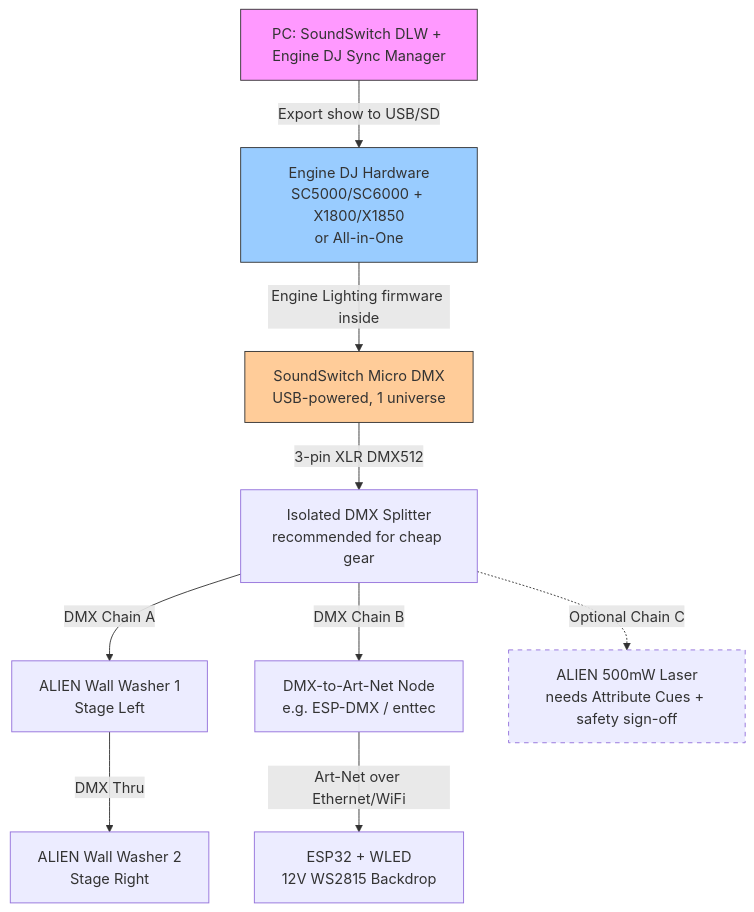
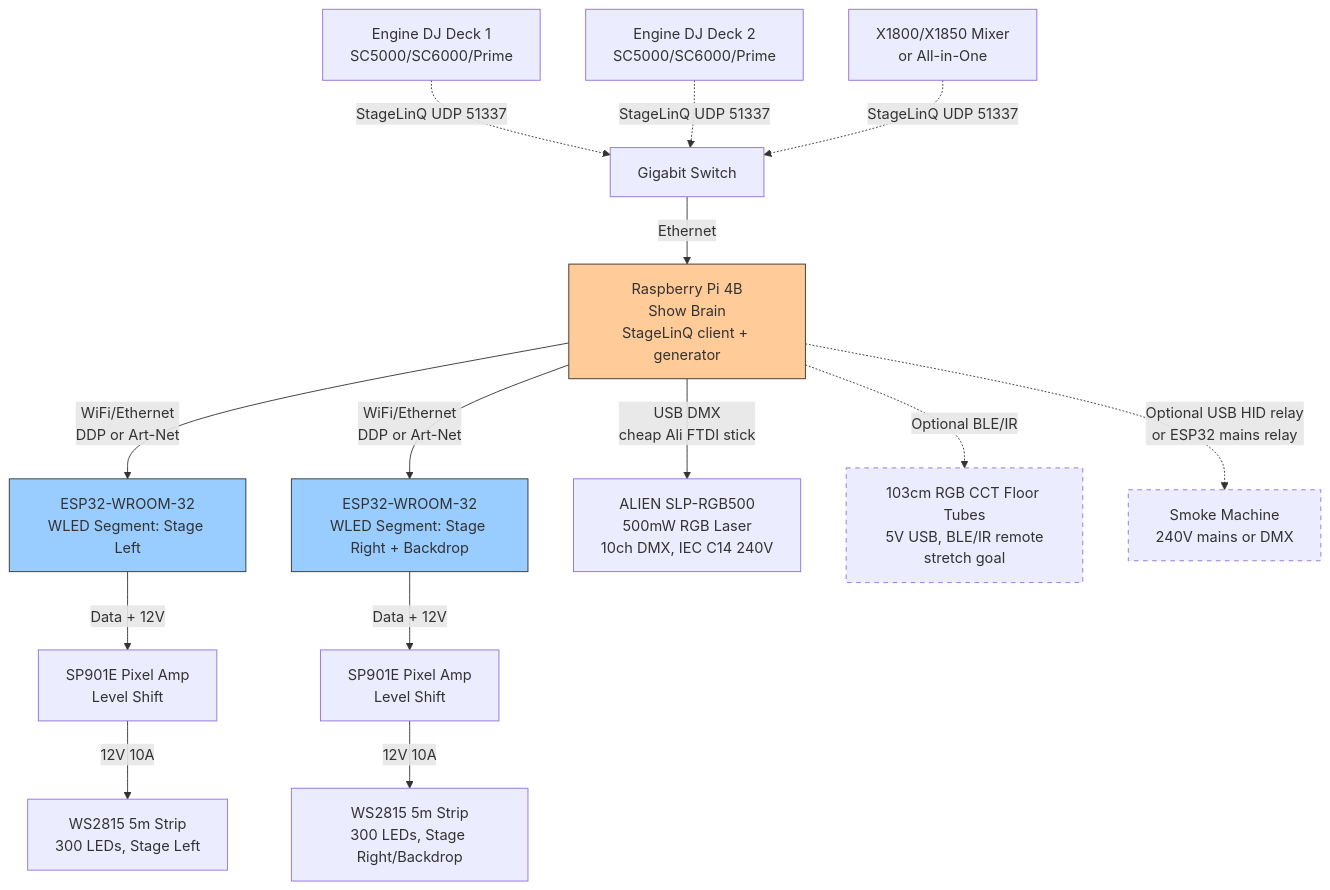
One commit to AuClark/rave-cave changed the diagram in PLAN.md. Above: the diagram before and after it, drawn with Mermaid. The commit also changed other lines of this file and 1 other file, not shown here.

First line of the commit message:
MAJOR: Rewrite for Pi 4B + StageLinQ generative architecture

````diff
--- a/PLAN.md
+++ b/PLAN.md
@@ -9,23 +9,33 @@
 ```mermaid
 flowchart TD
-    PC[PC: SoundSwitch DLW + Engine DJ Sync Manager]
-    PC -->|Export show to USB/SD| DECK
+    DECK1[Engine DJ Deck 1<br/>SC5000/SC6000/Prime]
+    DECK2[Engine DJ Deck 2<br/>SC5000/SC6000/Prime]
+    MIXER[X1800/X1850 Mixer<br/>or All-in-One]
     
-    DECK[Engine DJ Hardware<br/>SC5000/SC6000 + X1800/X1850<br/>or All-in-One]
-    DECK -->|Engine Lighting firmware inside| MICRO[SoundSwitch Micro DMX<br/>USB-powered, 1 universe]
+    DECK1 -.->|StageLinQ UDP 51337| SWITCH[Gigabit Switch]
+    DECK2 -.->|StageLinQ UDP 51337| SWITCH
+    MIXER -.->|StageLinQ UDP 51337| SWITCH
     
-    MICRO -->|3-pin XLR DMX512| SPLIT[Isolated DMX Splitter<br/>recommended for cheap gear]
+    SWITCH -->|Ethernet| PI[Raspberry Pi 4B<br/>Show Brain<br/>StageLinQ client + generator]
     
-    SPLIT -->|DMX Chain A| WASHER1[ALIEN Wall Washer 1<br/>Stage Left]
-    WASHER1 -->|DMX Thru| WASHER2[ALIEN Wall Washer 2<br/>Stage Right]
+    PI -->|WiFi/Ethernet<br/>DDP or Art-Net| ESP32_L[ESP32-WROOM-32<br/>WLED Segment: Stage Left]
+    PI -->|WiFi/Ethernet<br/>DDP or Art-Net| ESP32_R[ESP32-WROOM-32<br/>WLED Segment: Stage Right + Backdrop]
     
-    SPLIT -->|DMX Chain B| NODE[DMX-to-Art-Net Node<br/>e.g. ESP-DMX / enttec]
-    NODE -->|Art-Net over Ethernet/WiFi| WLED[ESP32 + WLED<br/>12V WS2815 Backdrop]
+    ESP32_L -->|Data + 12V| SP901E_L[SP901E Pixel Amp<br/>Level Shift]
+    ESP32_R -->|Data + 12V| SP901E_R[SP901E Pixel Amp<br/>Level Shift]
     
-    SPLIT -.->|Optional Chain C| LASER[ALIEN 500mW Laser<br/>needs Attribute Cues + safety sign-off]
+    SP901E_L -->|12V 10A| WS2815_L[WS2815 5m Strip<br/>300 LEDs, Stage Left]
+    SP901E_R -->|12V 10A| WS2815_R[WS2815 5m Strip<br/>300 LEDs, Stage Right/Backdrop]
     
-    style LASER stroke-dasharray: 5 5
-    style PC fill:#f9f,stroke:#333
-    style DECK fill:#9cf,stroke:#333
-    style MICRO fill:#fc9,stroke:#333
+    PI -->|USB DMX<br/>cheap Ali FTDI stick| LASER[ALIEN SLP-RGB500<br/>500mW RGB Laser<br/>10ch DMX, IEC C14 240V]
+    
+    PI -.->|Optional BLE/IR| TUBES[103cm RGB CCT Floor Tubes<br/>5V USB, BLE/IR remote<br/>stretch goal]
+    
+    PI -.->|Optional USB HID relay<br/>or ESP32 mains relay| SMOKE[Smoke Machine<br/>240V mains or DMX]
+    
+    style PI fill:#fc9,stroke:#333
+    style ESP32_L fill:#9cf,stroke:#333
+    style ESP32_R fill:#9cf,stroke:#333
+    style TUBES stroke-dasharray: 5 5
+    style SMOKE stroke-dasharray: 5 5
 ```
````
